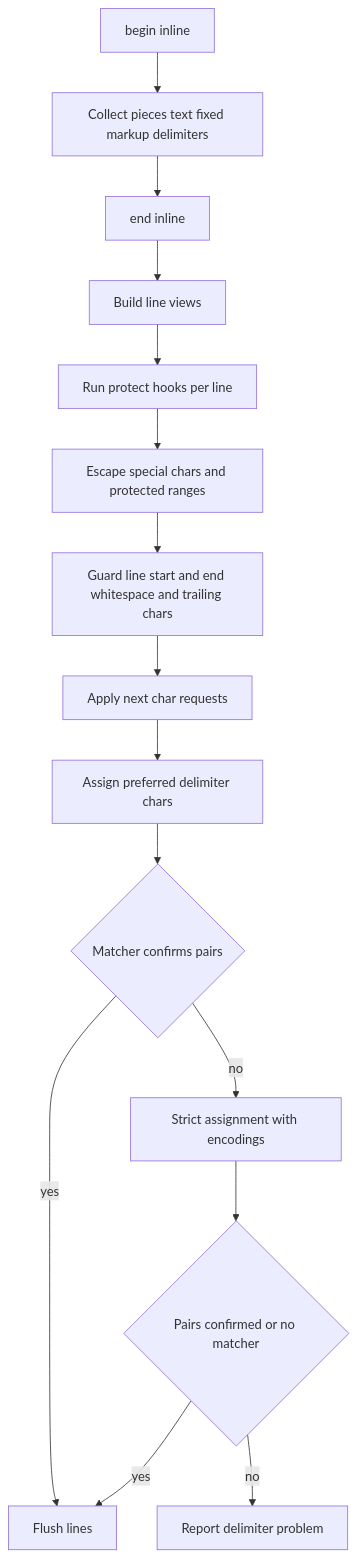
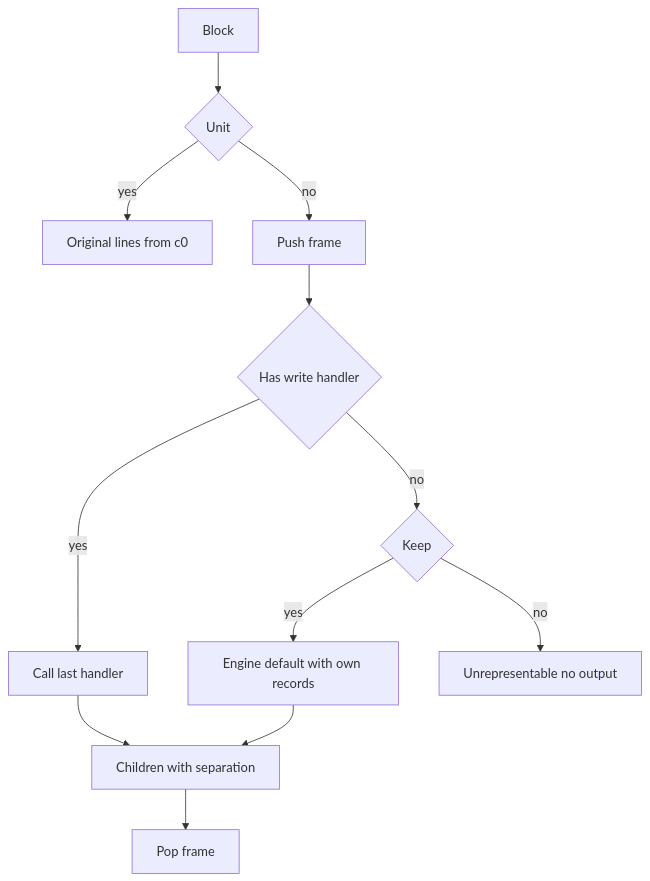
One commit to ktdevx/amark-private2 changed the third of 6 diagrams in .kiro/specs/markdown-renderer/design.md. Above: the diagram before and after it, drawn with Mermaid. The commit also changed other lines of this file and 4 other files, not shown here.

````diff
--- a/.kiro/specs/markdown-renderer/design.md
+++ b/.kiro/specs/markdown-renderer/design.md
@@ -249,17 +269,14 @@
 ```mermaid
 graph TB
-    Begin[begin inline] --> Collect[Collect pieces text fixed markup delimiters]
-    Collect --> End[end inline]
-    End --> View[Build line views]
-    View --> Protect[Run protect hooks per line]
-    Protect --> Escape[Escape special chars and protected ranges]
-    Escape --> Edge[Guard line start and end whitespace and trailing chars]
-    Edge --> Next[Apply next char requests]
-    Next --> Prefer[Assign preferred delimiter chars]
-    Prefer --> Verify{Matcher confirms pairs}
-    Verify -->|yes| Flush[Flush lines]
-    Verify -->|no| Strict[Strict assignment with encodings]
-    Strict --> Verify2{Pairs confirmed or no matcher}
-    Verify2 -->|yes| Flush
-    Verify2 -->|no| Fail[Report delimiter problem]
+    Start[Block] --> Unit{Unit}
+    Unit -->|yes| Original[Original lines from c0]
+    Unit -->|no| Frame[Push frame]
+    Frame --> Slot{Has write handler}
+    Slot -->|yes| Call[Call last handler]
+    Slot -->|no| Keep{Keep}
+    Keep -->|yes| Default[Engine default with own records]
+    Keep -->|no| Report[Unrepresentable no output]
+    Call --> Children[Children with separation]
+    Default --> Children
+    Children --> Pop[Pop frame]
 ```
````
